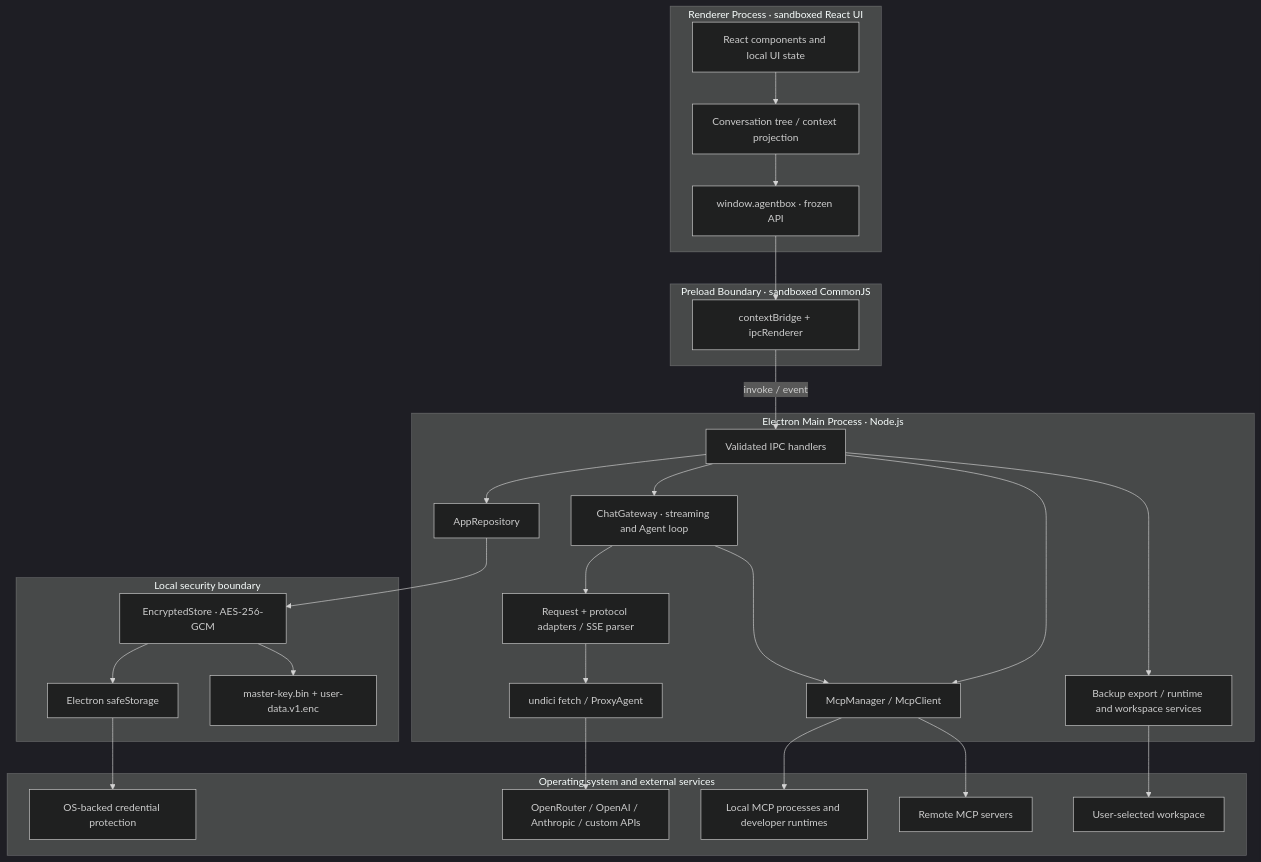
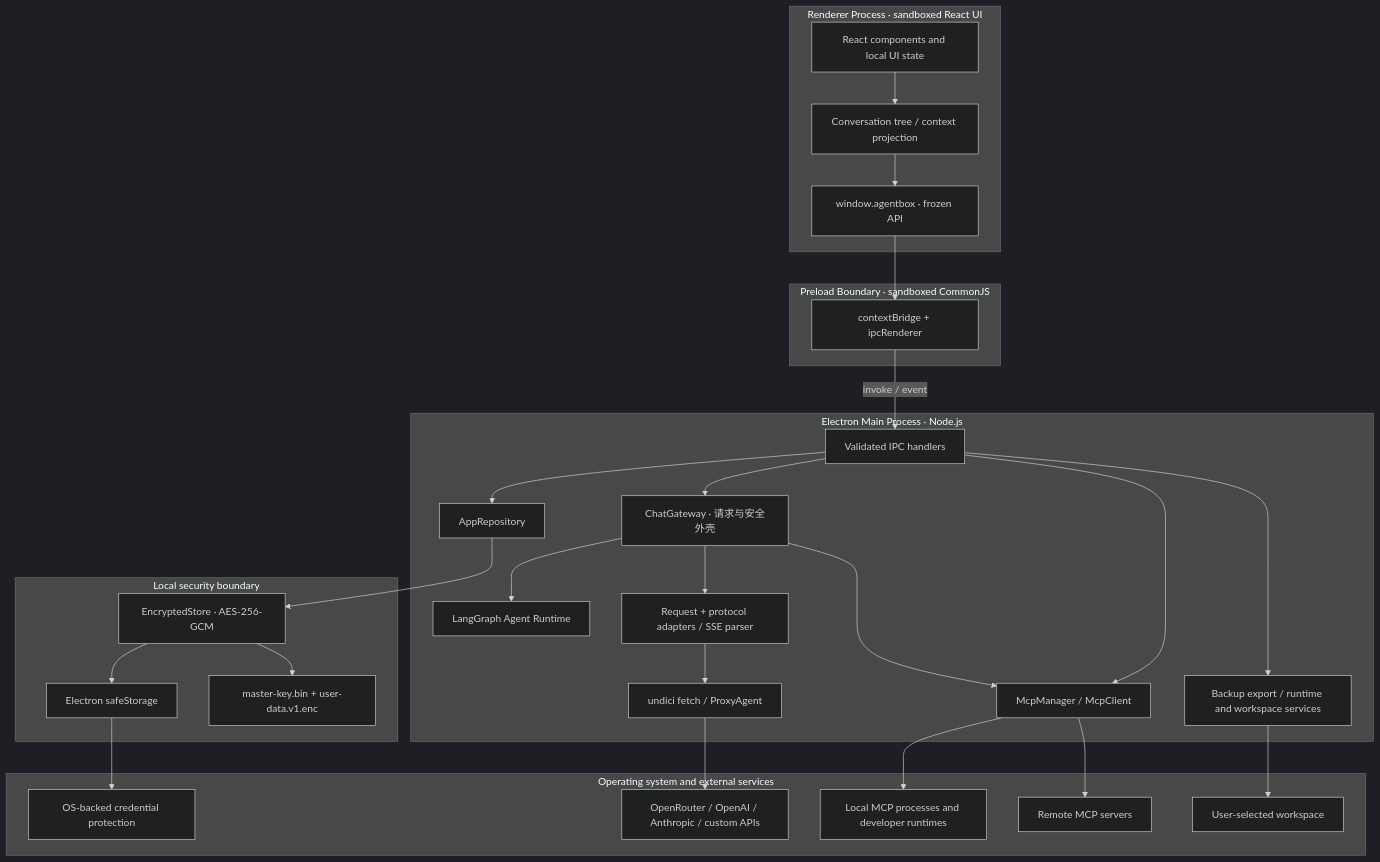
The diagram in docs_zh/architecture.md (ac-1e9plus7/agent-box), drawn with Mermaid (dark theme) before and after one commit. The commit also changed other lines of this file and 16 other files, not shown here.

Commit message:
feat: Document LangGraph Agent runtime refactor

````diff
--- a/docs_zh/architecture.md
+++ b/docs_zh/architecture.md
@@ -11,55 +11,57 @@
 ```mermaid
 graph TB
     subgraph Renderer["Renderer Process · sandboxed React UI"]
         UI["React components and local UI state"]
         Projection["Conversation tree / context projection"]
         PublicAPI["window.agentbox · frozen API"]
         UI --> Projection --> PublicAPI
     end
 
     subgraph Preload["Preload Boundary · sandboxed CommonJS"]
         Bridge["contextBridge + ipcRenderer"]
         PublicAPI --> Bridge
     end
 
     subgraph Main["Electron Main Process · Node.js"]
         IPC["Validated IPC handlers"]
-        Gateway["ChatGateway · streaming and Agent loop"]
+        Gateway["ChatGateway · 请求与安全外壳"]
+        AgentRuntime["LangGraph Agent Runtime"]
         Repository["AppRepository"]
         MCP["McpManager / McpClient"]
         Backup["Backup export / runtime and workspace services"]
         Adapters["Request + protocol adapters / SSE parser"]
         Network["undici fetch / ProxyAgent"]
 
         Bridge -->|"invoke / event"| IPC
         IPC --> Gateway
+        Gateway --> AgentRuntime
         IPC --> Repository
         IPC --> MCP
         IPC --> Backup
         Gateway --> Adapters --> Network
         Gateway --> MCP
     end
 
     subgraph Storage["Local security boundary"]
         Store["EncryptedStore · AES-256-GCM"]
         SafeStorage["Electron safeStorage"]
         VaultFiles["master-key.bin + user-data.v1.enc"]
         Repository --> Store
         Store --> SafeStorage
         Store --> VaultFiles
     end
 
     subgraph External["Operating system and external services"]
         KeyStore["OS-backed credential protection"]
         Providers["OpenRouter / OpenAI / Anthropic / custom APIs"]
         LocalTools["Local MCP processes and developer runtimes"]
         RemoteMCP["Remote MCP servers"]
         Workspace["User-selected workspace"]
 
         SafeStorage --> KeyStore
         Network --> Providers
         MCP --> LocalTools
         MCP --> RemoteMCP
         Backup --> Workspace
     end
 ```
````
